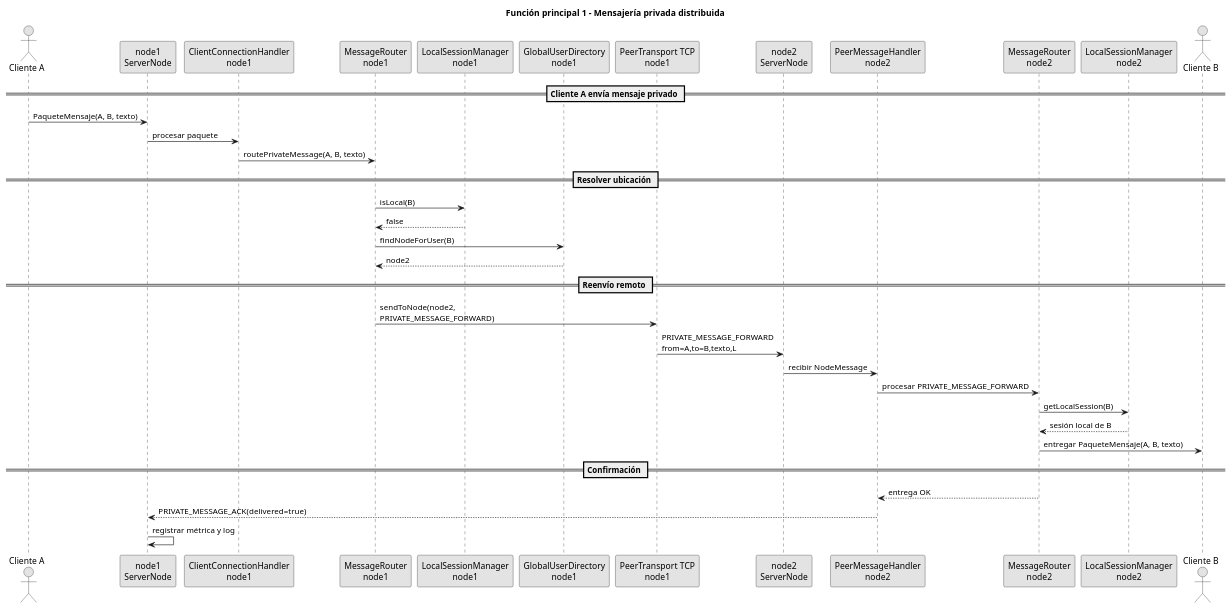
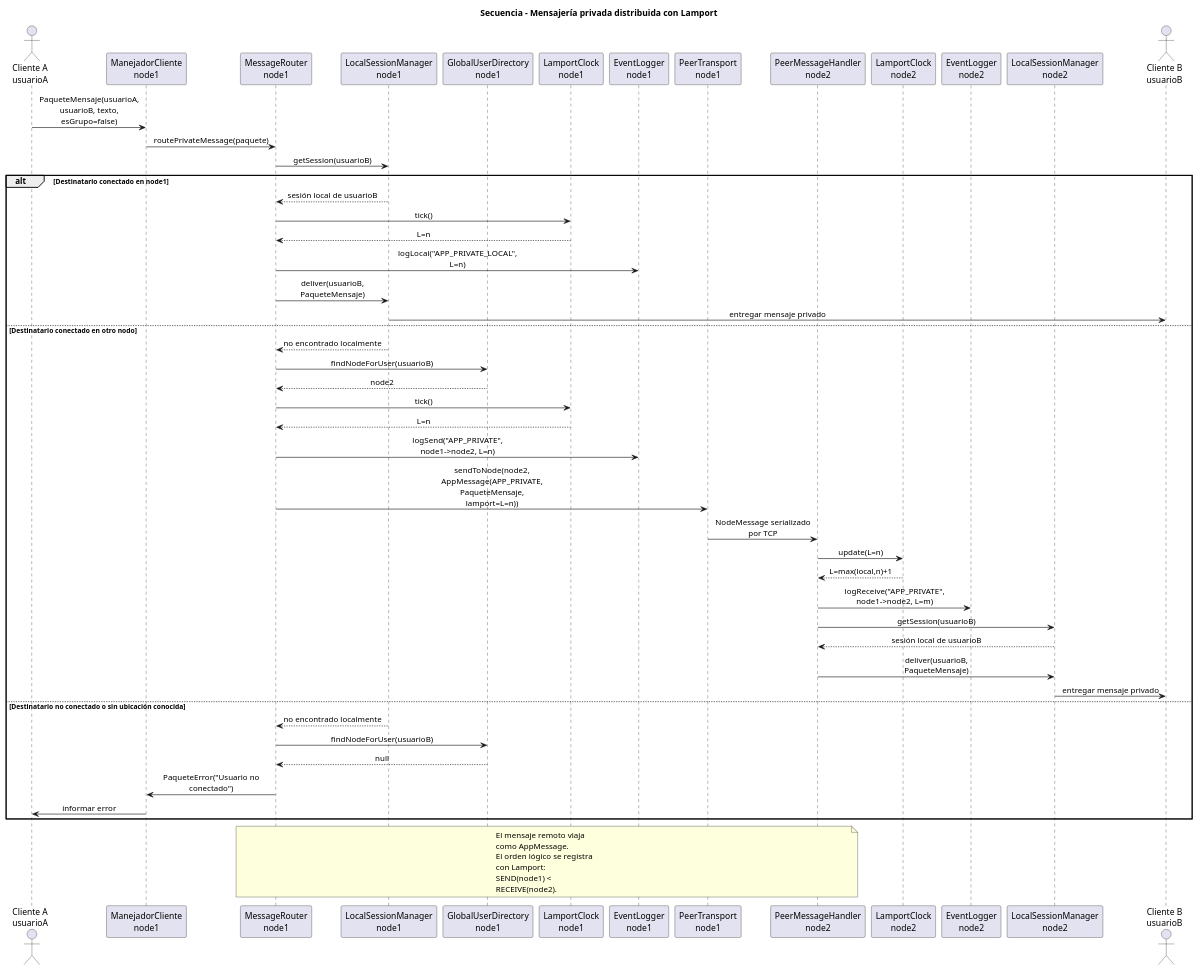
One commit to Yan-Misael/Aplicacion-WhatsApp changed the diagram in docs/diagrams-entrega-2/seq-mensaje-privado-distribuido.puml. Above: the diagram before and after it, drawn with PlantUML. The commit also changed 25 other files, not shown here.

Commit message:
Actualizando diagramas puml

```diff
--- a/docs/diagrams-entrega-2/seq-mensaje-privado-distribuido.puml
+++ b/docs/diagrams-entrega-2/seq-mensaje-privado-distribuido.puml
@@ -1,53 +1,72 @@
 @startuml
-title Función principal 1 - Mensajería privada distribuida
+title Secuencia - Mensajería privada distribuida con Lamport
 
-skinparam monochrome true
 skinparam shadowing false
+skinparam sequenceMessageAlign center
+skinparam wrapWidth 180
+skinparam maxMessageSize 180
 
-actor "Cliente A" as A
-participant "node1\nServerNode" as N1
-participant "ClientConnectionHandler\nnode1" as CCH1
+actor "Cliente A\nusuarioA" as CA
+participant "ManejadorCliente\nnode1" as MC1
 participant "MessageRouter\nnode1" as MR1
 participant "LocalSessionManager\nnode1" as LSM1
 participant "GlobalUserDirectory\nnode1" as GUD1
-participant "PeerTransport TCP\nnode1" as PT1
+participant "LamportClock\nnode1" as LC1
+participant "EventLogger\nnode1" as LOG1
+participant "PeerTransport\nnode1" as PT1
 
-participant "node2\nServerNode" as N2
 participant "PeerMessageHandler\nnode2" as PMH2
-participant "MessageRouter\nnode2" as MR2
+participant "LamportClock\nnode2" as LC2
+participant "EventLogger\nnode2" as LOG2
 participant "LocalSessionManager\nnode2" as LSM2
-actor "Cliente B" as B
+actor "Cliente B\nusuarioB" as CB
 
-== Cliente A envía mensaje privado ==
+CA -> MC1 : PaqueteMensaje(usuarioA, usuarioB, texto, esGrupo=false)
+MC1 -> MR1 : routePrivateMessage(paquete)
 
-A -> N1 : PaqueteMensaje(A, B, texto)
-N1 -> CCH1 : procesar paquete
-CCH1 -> MR1 : routePrivateMessage(A, B, texto)
+MR1 -> LSM1 : getSession(usuarioB)
 
-== Resolver ubicación ==
+alt Destinatario conectado en node1
+  LSM1 --> MR1 : sesión local de usuarioB
+  MR1 -> LC1 : tick()
+  LC1 --> MR1 : L=n
+  MR1 -> LOG1 : logLocal("APP_PRIVATE_LOCAL", L=n)
+  MR1 -> LSM1 : deliver(usuarioB, PaqueteMensaje)
+  LSM1 -> CB : entregar mensaje privado
 
-MR1 -> LSM1 : isLocal(B)
-LSM1 --> MR1 : false
+else Destinatario conectado en otro nodo
+  LSM1 --> MR1 : no encontrado localmente
+  MR1 -> GUD1 : findNodeForUser(usuarioB)
+  GUD1 --> MR1 : node2
 
-MR1 -> GUD1 : findNodeForUser(B)
-GUD1 --> MR1 : node2
+  MR1 -> LC1 : tick()
+  LC1 --> MR1 : L=n
+  MR1 -> LOG1 : logSend("APP_PRIVATE", node1->node2, L=n)
+  MR1 -> PT1 : sendToNode(node2,\nAppMessage(APP_PRIVATE,\nPaqueteMensaje,\nlamport=L=n))
 
-== Reenvío remoto ==
+  PT1 -> PMH2 : NodeMessage serializado por TCP
 
-MR1 -> PT1 : sendToNode(node2,\nPRIVATE_MESSAGE_FORWARD)
-PT1 -> N2 : PRIVATE_MESSAGE_FORWARD\nfrom=A,to=B,texto,L
+  PMH2 -> LC2 : update(L=n)
+  LC2 --> PMH2 : L=max(local,n)+1
+  PMH2 -> LOG2 : logReceive("APP_PRIVATE", node1->node2, L=m)
 
-N2 -> PMH2 : recibir NodeMessage
-PMH2 -> MR2 : procesar PRIVATE_MESSAGE_FORWARD
-MR2 -> LSM2 : getLocalSession(B)
-LSM2 --> MR2 : sesión local de B
+  PMH2 -> LSM2 : getSession(usuarioB)
+  LSM2 --> PMH2 : sesión local de usuarioB
+  PMH2 -> LSM2 : deliver(usuarioB, PaqueteMensaje)
+  LSM2 -> CB : entregar mensaje privado
 
-MR2 -> B : entregar PaqueteMensaje(A, B, texto)
+else Destinatario no conectado o sin ubicación conocida
+  LSM1 --> MR1 : no encontrado localmente
+  MR1 -> GUD1 : findNodeForUser(usuarioB)
+  GUD1 --> MR1 : null
+  MR1 -> MC1 : PaqueteError("Usuario no conectado")
+  MC1 -> CA : informar error
+end
 
-== Confirmación ==
-
-MR2 --> PMH2 : entrega OK
-PMH2 --> N1 : PRIVATE_MESSAGE_ACK(delivered=true)
-N1 -> N1 : registrar métrica y log
+note over MR1,PMH2
+El mensaje remoto viaja como AppMessage.
+El orden lógico se registra con Lamport:
+SEND(node1) < RECEIVE(node2).
+end note
 
 @enduml
```
